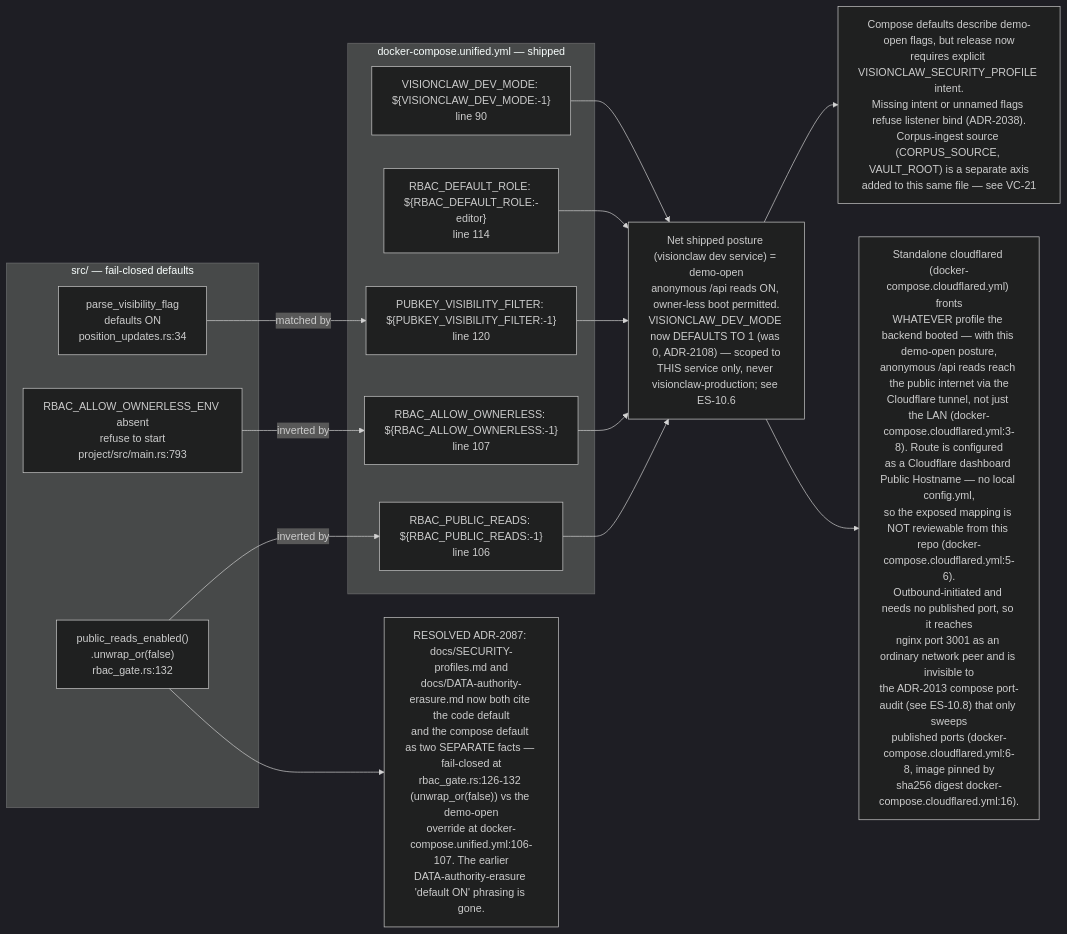
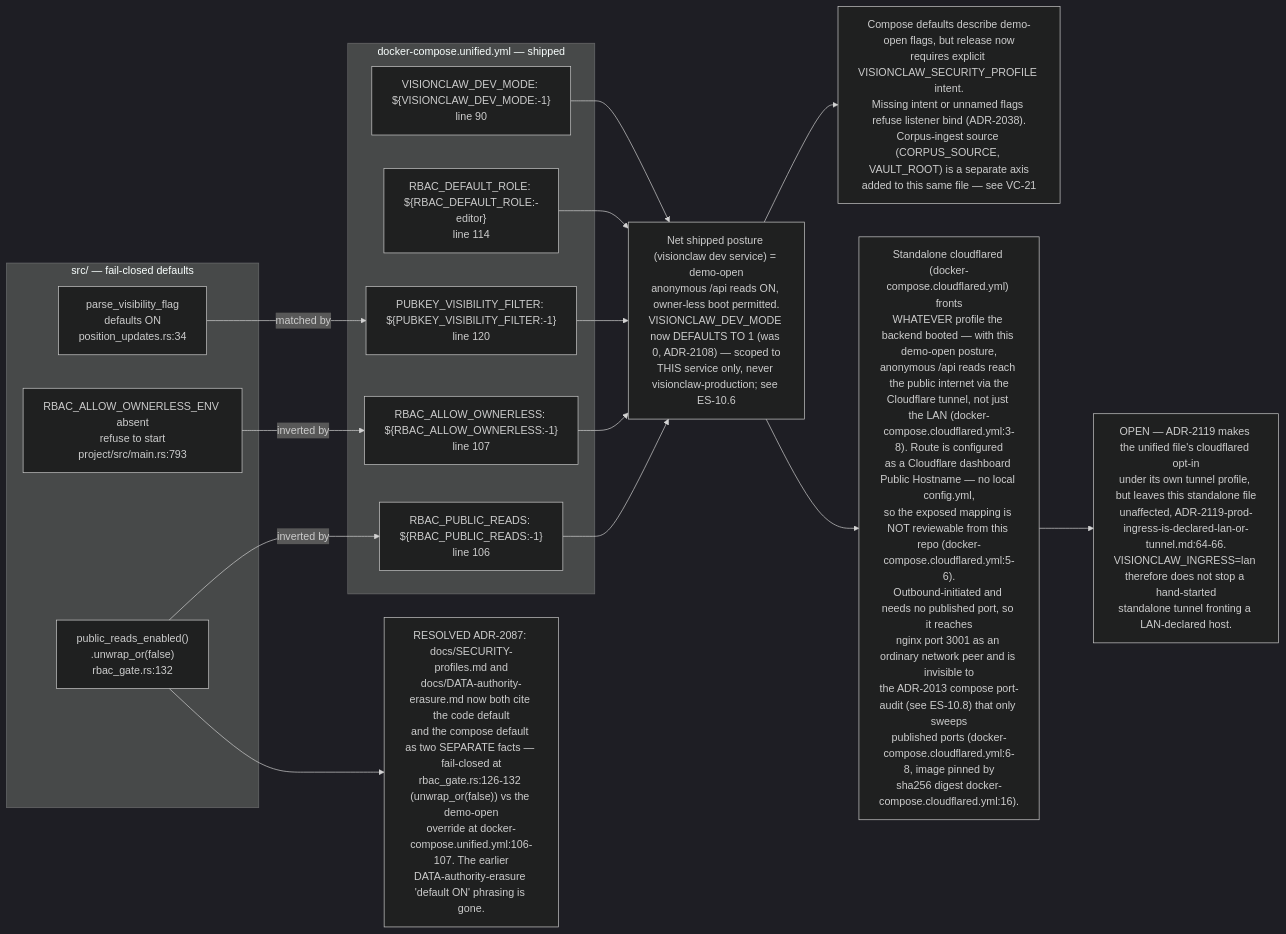
The third of 10 diagrams in docs/diagrams/estate/10-deployment-and-security-profiles.md (DreamLab-AI/VisionFlow), drawn with Mermaid (dark theme) before and after one commit. The commit also changed other lines of this file and 31 other files, not shown here.

````diff
--- a/docs/diagrams/estate/10-deployment-and-security-profiles.md
+++ b/docs/diagrams/estate/10-deployment-and-security-profiles.md
@@ -130,31 +132,33 @@
 ```mermaid
 flowchart LR
     subgraph codeside["src/ — fail-closed defaults"]
         A1["public_reads_enabled()<br/>.unwrap_or(false)<br/>rbac_gate.rs:132"]
         A2["RBAC_ALLOW_OWNERLESS_ENV absent<br/>refuse to start<br/>project/src/main.rs:793"]
         A3["parse_visibility_flag<br/>defaults ON<br/>position_updates.rs:34"]
     end
     subgraph composeside["docker-compose.unified.yml — shipped"]
         B1["RBAC_PUBLIC_READS: ${RBAC_PUBLIC_READS:-1}<br/>line 106"]
         B2["RBAC_ALLOW_OWNERLESS: ${RBAC_ALLOW_OWNERLESS:-1}<br/>line 107"]
         B3["PUBKEY_VISIBILITY_FILTER: ${PUBKEY_VISIBILITY_FILTER:-1}<br/>line 120"]
         B4["RBAC_DEFAULT_ROLE: ${RBAC_DEFAULT_ROLE:-editor}<br/>line 114"]
         B5["VISIONCLAW_DEV_MODE: ${VISIONCLAW_DEV_MODE:-1}<br/>line 90"]
     end
     NET["Net shipped posture (visionclaw dev service) = demo-open<br/>anonymous /api reads ON, owner-less boot permitted.<br/>VISIONCLAW_DEV_MODE now DEFAULTS TO 1 (was 0, ADR-2108) — scoped to<br/>THIS service only, never visionclaw-production; see ES-10.6"]
     DRIFT1["Compose defaults describe demo-open flags, but release now<br/>requires explicit VISIONCLAW_SECURITY_PROFILE intent.<br/>Missing intent or unnamed flags refuse listener bind (ADR-2038).<br/>Corpus-ingest source (CORPUS_SOURCE, VAULT_ROOT) is a separate axis<br/>added to this same file — see VC-21"]
     DRIFT2["RESOLVED ADR-2087: docs/SECURITY-profiles.md and<br/>docs/DATA-authority-erasure.md now both cite the code default<br/>and the compose default as two SEPARATE facts — fail-closed at<br/>rbac_gate.rs:126-132 (unwrap_or(false)) vs the demo-open<br/>override at docker-compose.unified.yml:106-107. The earlier<br/>DATA-authority-erasure 'default ON' phrasing is gone."]
     CFT["Standalone cloudflared (docker-compose.cloudflared.yml) fronts<br/>WHATEVER profile the backend booted — with this demo-open posture,<br/>anonymous /api reads reach the public internet via the<br/>Cloudflare tunnel, not just the LAN (docker-compose.cloudflared.yml:3-8). Route is configured<br/>as a Cloudflare dashboard Public Hostname — no local config.yml,<br/>so the exposed mapping is NOT reviewable from this repo (docker-compose.cloudflared.yml:5-6).<br/>Outbound-initiated and needs no published port, so it reaches<br/>nginx port 3001 as an ordinary network peer and is invisible to<br/>the ADR-2013 compose port-audit (see ES-10.8) that only sweeps<br/>published ports (docker-compose.cloudflared.yml:6-8, image pinned by<br/>sha256 digest docker-compose.cloudflared.yml:16)."]
 
     A1 -- "inverted by" --> B1
     A2 -- "inverted by" --> B2
     A3 -- "matched by" --> B3
     B1 --> NET
     B2 --> NET
     B3 --> NET
     B4 --> NET
     B5 --> NET
     NET --> DRIFT1
     NET --> CFT
+    LANGAP["OPEN — ADR-2119 makes the unified file's cloudflared opt-in<br/>under its own tunnel profile, but leaves this standalone file<br/>unaffected, ADR-2119-prod-ingress-is-declared-lan-or-tunnel.md:64-66.<br/>VISIONCLAW_INGRESS=lan therefore does not stop a hand-started<br/>standalone tunnel fronting a LAN-declared host."]
+    CFT --> LANGAP
     A1 --> DRIFT2
 ```
````
